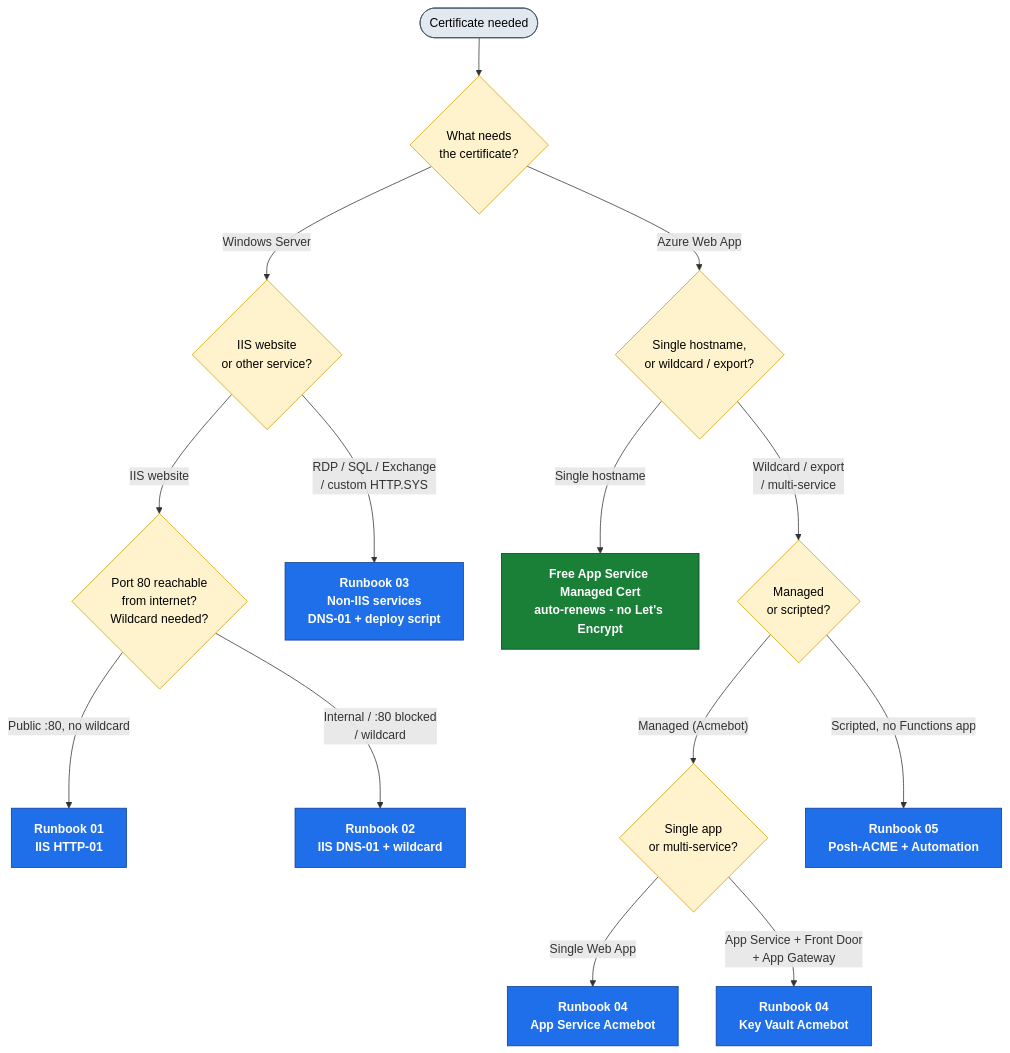
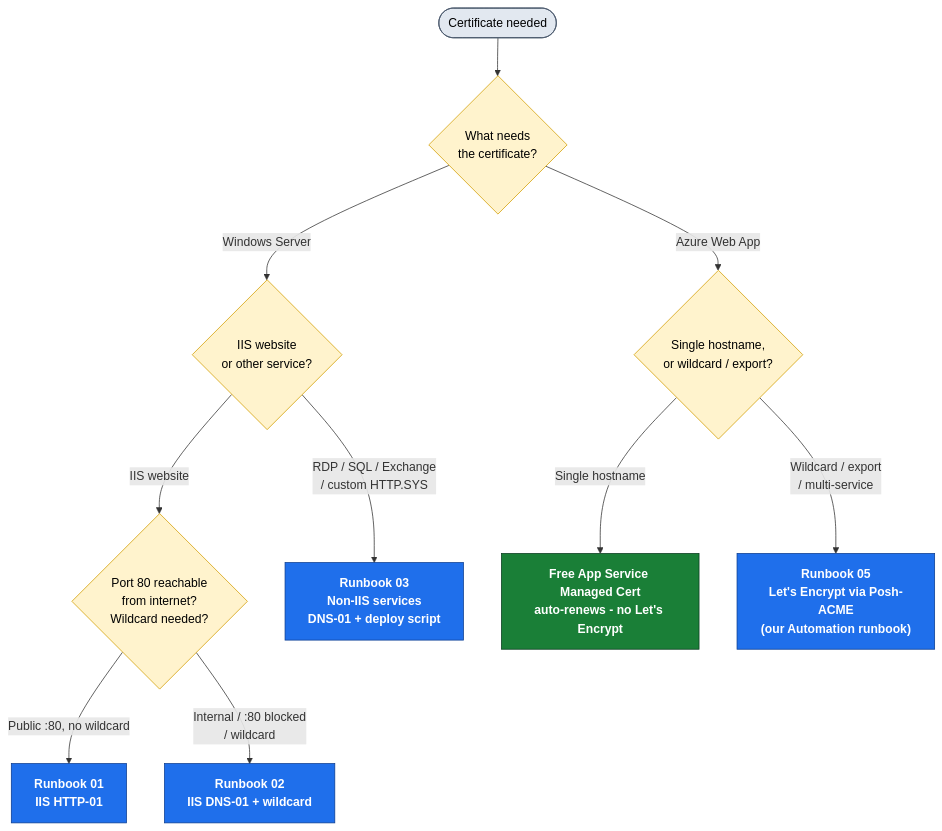
One commit to xphox2/Cert-Man-Windows changed the diagram in README.md. Above: the diagram before and after it, drawn with Mermaid. The commit also changed other lines of this file and 19 other files, not shown here.

Commit message:
Drop third-party Acmebot; Azure LE = our Posh-ACME runbook (v0.1.21)

````diff
--- a/README.md
+++ b/README.md
@@ -45,29 +45,25 @@
 ```mermaid
 flowchart TD
     Start([Certificate needed]) --> Q1{What needs<br/>the certificate?}
 
     Q1 -->|Windows Server| W{IIS website<br/>or other service?}
     Q1 -->|Azure Web App| AZ{Single hostname,<br/>or wildcard / export?}
 
     W -->|IIS website| WP{Port 80 reachable<br/>from internet?<br/>Wildcard needed?}
     W -->|"RDP / SQL / Exchange<br/>/ custom HTTP.SYS"| R03["Runbook 03<br/>Non-IIS services<br/>DNS-01 + deploy script"]
 
     WP -->|"Public :80, no wildcard"| R01["Runbook 01<br/>IIS HTTP-01"]
     WP -->|"Internal / :80 blocked<br/>/ wildcard"| R02["Runbook 02<br/>IIS DNS-01 + wildcard"]
 
     AZ -->|"Single hostname"| ASMC["Free App Service Managed Cert<br/>auto-renews - no Let's Encrypt"]
-    AZ -->|"Wildcard / export<br/>/ multi-service"| A{Managed<br/>or scripted?}
-    A -->|"Managed (Acmebot)"| AB{Single app<br/>or multi-service?}
-    A -->|"Scripted, no Functions app"| R05["Runbook 05<br/>Posh-ACME + Automation"]
-    AB -->|Single Web App| R04a["Runbook 04<br/>App Service Acmebot"]
-    AB -->|"App Service + Front Door<br/>+ App Gateway"| R04b["Runbook 04<br/>Key Vault Acmebot"]
+    AZ -->|"Wildcard / export<br/>/ multi-service"| R05["Runbook 05<br/>Let's Encrypt via Posh-ACME<br/>(our Automation runbook)"]
 
     classDef rb fill:#1f6feb,stroke:#0b3d91,color:#ffffff,font-weight:bold;
     classDef dec fill:#fff3cd,stroke:#d39e00,color:#000000;
     classDef ep fill:#e2e8f0,stroke:#475569,color:#000000;
     classDef free fill:#1a7f37,stroke:#0b3d20,color:#ffffff,font-weight:bold;
-    class R01,R02,R03,R04a,R04b,R05 rb;
-    class Q1,W,WP,AZ,A,AB dec;
+    class R01,R02,R03,R05 rb;
+    class Q1,W,WP,AZ dec;
     class Start ep;
     class ASMC free;
 ```
````
